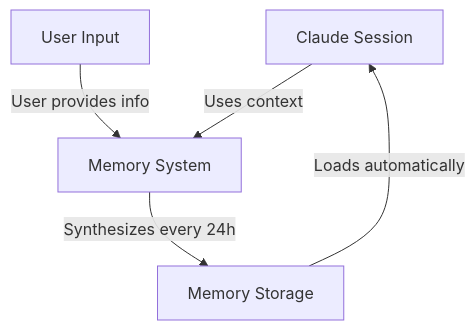
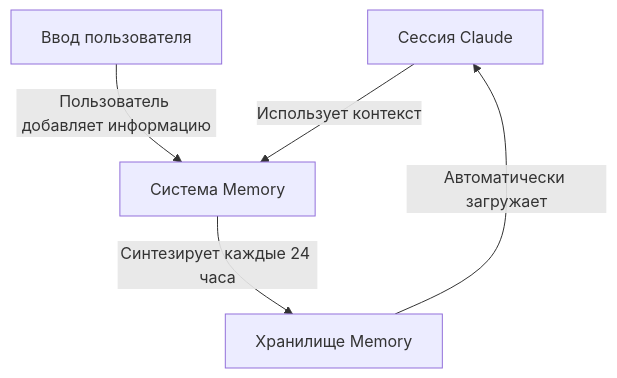
One commit to srpvpn/claude-howto-ru changed the first of 5 diagrams in 02-memory/README.md. Above: the diagram before and after it, drawn with Mermaid. The commit also changed other lines of this file and 8 other files, not shown here.

````diff
--- a/02-memory/README.md
+++ b/02-memory/README.md
@@ -208,12 +208,12 @@
 ```mermaid
 graph TB
-    A["Claude Session"]
-    B["User Input"]
-    C["Memory System"]
-    D["Memory Storage"]
+    A["Сессия Claude"]
+    B["Ввод пользователя"]
+    C["Система Memory"]
+    D["Хранилище Memory"]
 
-    B -->|User provides info| C
-    C -->|Synthesizes every 24h| D
-    D -->|Loads automatically| A
-    A -->|Uses context| C
+    B -->|Пользователь добавляет информацию| C
+    C -->|Синтезирует каждые 24 часа| D
+    D -->|Автоматически загружает| A
+    A -->|Использует контекст| C
 ```
````
